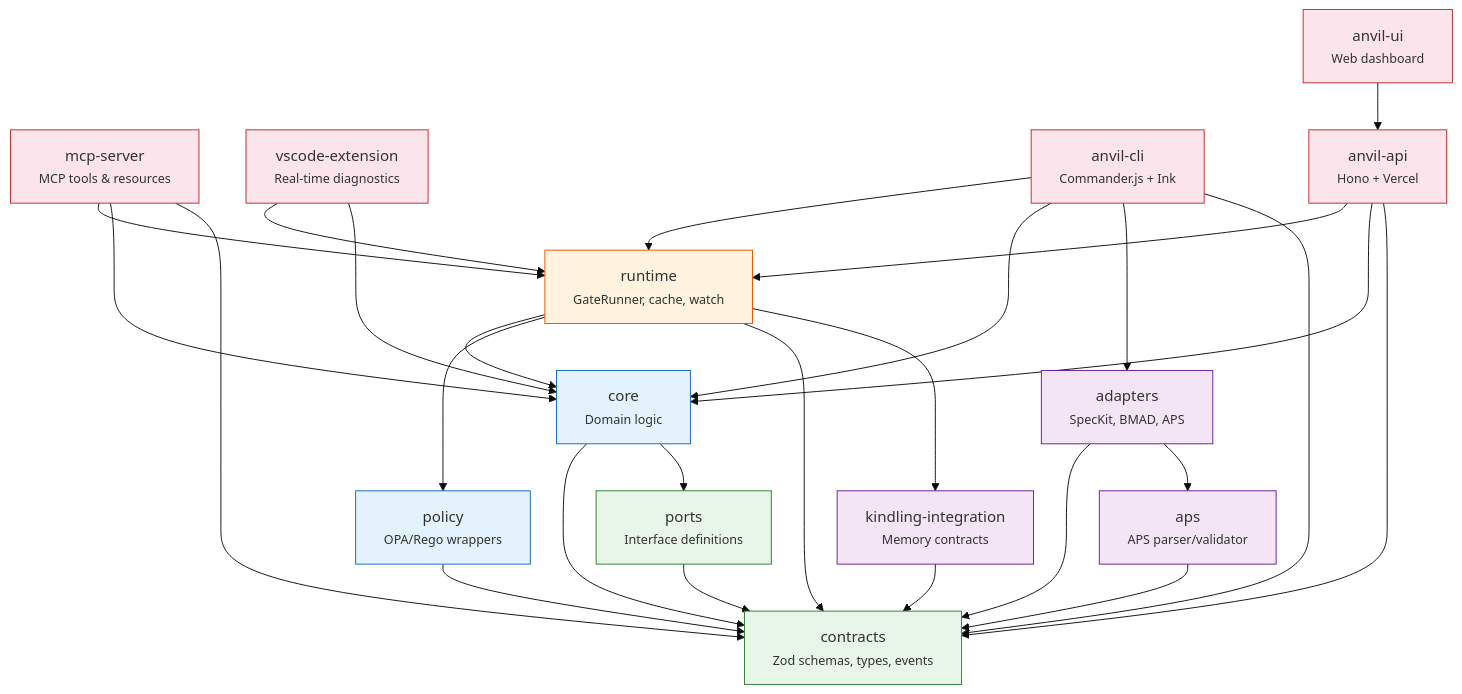
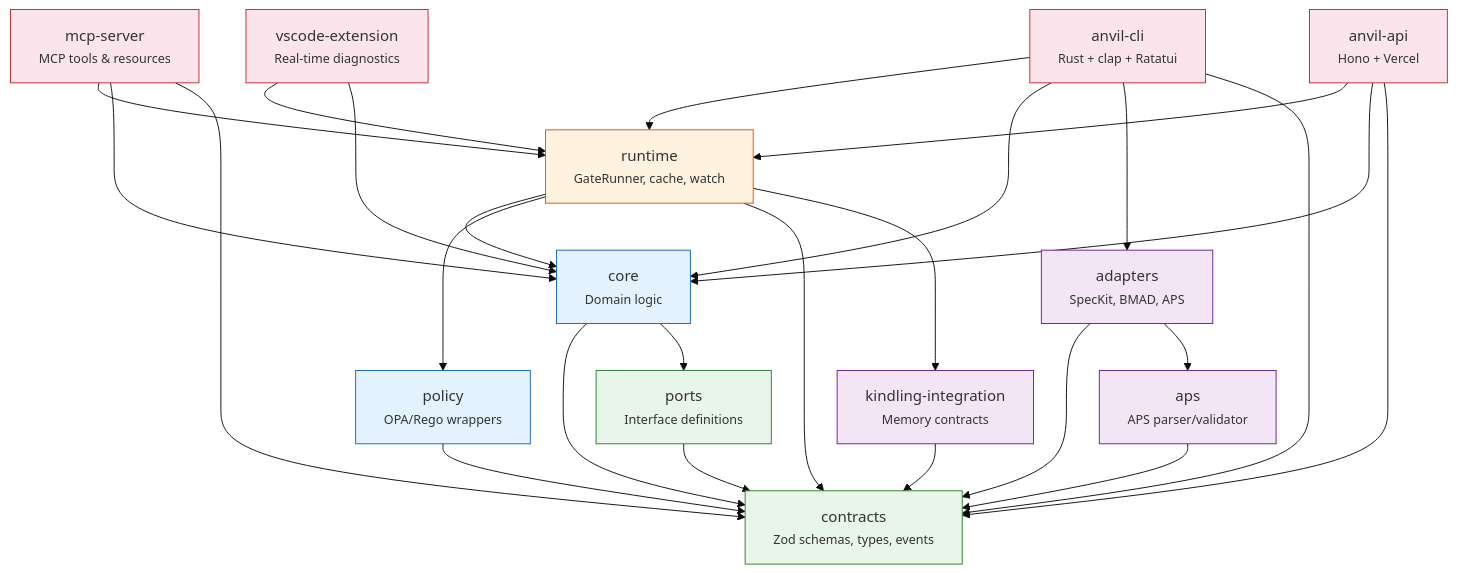
The first of 5 diagrams in docs/architecture/overview.md (eddacraft/eddacraft-tui), drawn with Mermaid (base theme) before and after one commit. The commit also changed other lines of this file and 12 other files, not shown here.

````diff
--- a/docs/architecture/overview.md
+++ b/docs/architecture/overview.md
@@ -99,54 +98,52 @@
 ```mermaid
 graph TD
     contracts["contracts<br/><small>Zod schemas, types, events</small>"]
     ports["ports<br/><small>Interface definitions</small>"]
     core["core<br/><small>Domain logic</small>"]
     policy["policy<br/><small>OPA/Rego wrappers</small>"]
     runtime["runtime<br/><small>GateRunner, cache, watch</small>"]
     adapters["adapters<br/><small>SpecKit, BMAD, APS</small>"]
     aps["aps<br/><small>APS parser/validator</small>"]
     mcp["mcp-server<br/><small>MCP tools & resources</small>"]
     vscode["vscode-extension<br/><small>Real-time diagnostics</small>"]
-    cli["anvil-cli<br/><small>Commander.js + Ink</small>"]
+    cli["anvil-cli<br/><small>Rust + clap + Ratatui</small>"]
     api["anvil-api<br/><small>Hono + Vercel</small>"]
-    ui["anvil-ui<br/><small>Web dashboard</small>"]
     kindling["kindling-integration<br/><small>Memory contracts</small>"]
 
     ports --> contracts
     core --> contracts
     core --> ports
     policy --> contracts
     runtime --> core
     runtime --> policy
     runtime --> contracts
     runtime --> kindling
     adapters --> contracts
     adapters --> aps
     aps --> contracts
     mcp --> runtime
     mcp --> core
     mcp --> contracts
     cli --> runtime
     cli --> core
     cli --> adapters
     cli --> contracts
     api --> runtime
     api --> core
     api --> contracts
-    ui --> api
     vscode --> runtime
     vscode --> core
     kindling --> contracts
 
     classDef foundation fill:#e8f5e9,stroke:#2e7d32
     classDef domain fill:#e3f2fd,stroke:#1565c0
     classDef orchestration fill:#fff3e0,stroke:#e65100
     classDef surface fill:#fce4ec,stroke:#c62828
     classDef support fill:#f3e5f5,stroke:#6a1b9a
 
     class contracts,ports foundation
     class core,policy domain
     class runtime orchestration
-    class cli,api,ui,mcp,vscode surface
+    class cli,api,mcp,vscode surface
     class adapters,aps,kindling support
 ```
````
